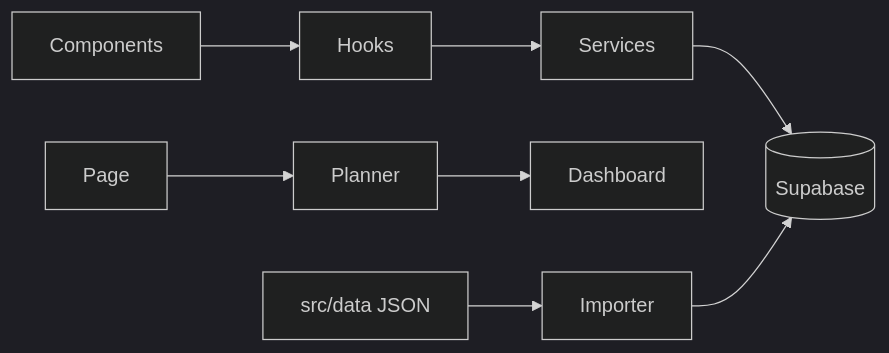
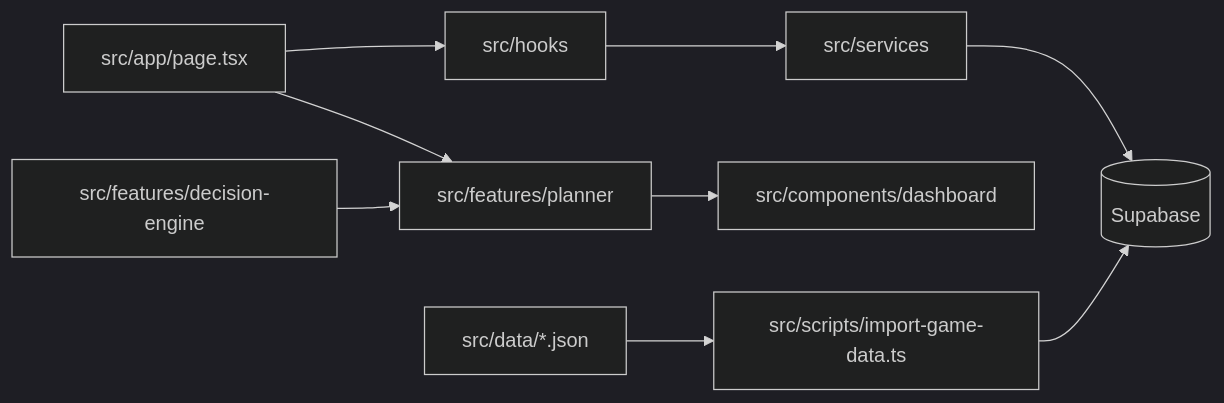
Before and after one commit to arnsroehl/clash-tool: the diagram in docs/ARCHITECTURE.md, drawn with Mermaid (dark theme). The commit also changed other lines of this file and 23 other files, not shown here.

Commit message:
Add decision engine foundation

````diff
--- a/docs/ARCHITECTURE.md
+++ b/docs/ARCHITECTURE.md
@@ -19,10 +19,11 @@
 ```mermaid
 flowchart LR
-  Components --> Hooks
-  Hooks --> Services
+  Page[src/app/page.tsx] --> Hooks[src/hooks]
+  Hooks --> Services[src/services]
   Services --> Supabase[(Supabase)]
-  Page --> Planner
-  Planner --> Dashboard
-  DataJSON[src/data JSON] --> Importer
+  Page --> Planner[src/features/planner]
+  DecisionEngine[src/features/decision-engine] --> Planner
+  Planner --> Dashboard[src/components/dashboard]
+  DataJSON[src/data/*.json] --> Importer[src/scripts/import-game-data.ts]
   Importer --> Supabase
 ```
````
